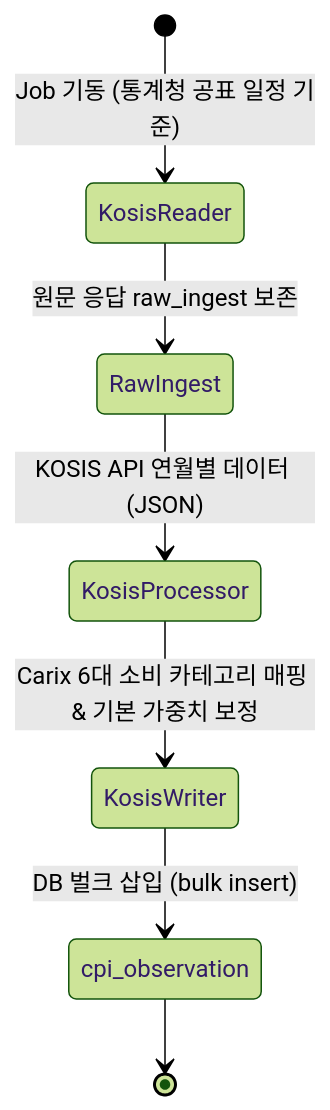
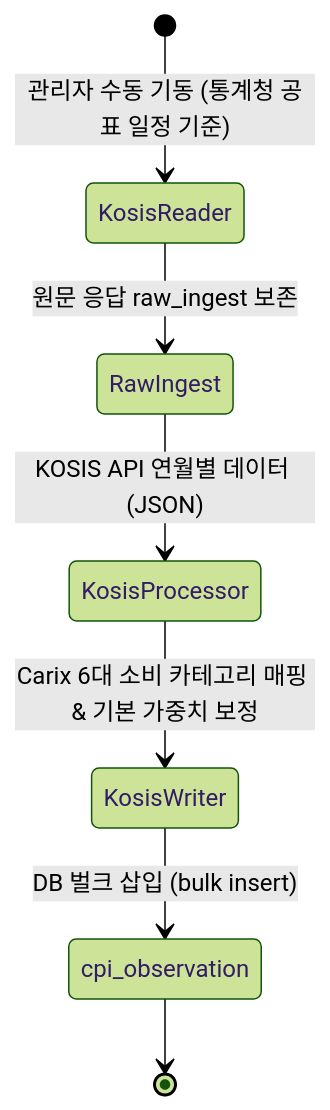
Before and after one commit to SeoHyeokGyu/Carix: the second of 5 diagrams in docs/specs/application-workflow.md, drawn with Mermaid (forest theme). The commit also changed other lines of this file and 1 other file, not shown here.

Commit message:
docs(snapshot): 지수 스냅샷 갱신(Job 4) core-api 전담 소유 명세화

````diff
--- a/docs/specs/application-workflow.md
+++ b/docs/specs/application-workflow.md
@@ -107,9 +111,9 @@
 ```mermaid
 stateDiagram-v2
-    [*] --> KosisReader : Job 기동 (통계청 공표 일정 기준)
+    [*] --> KosisReader : 관리자 수동 기동 (통계청 공표 일정 기준)
     KosisReader --> RawIngest : 원문 응답 raw_ingest 보존
     RawIngest --> KosisProcessor : KOSIS API 연월별 데이터 (JSON)
     KosisProcessor --> KosisWriter : Carix 6대 소비 카테고리 매핑 & 기본 가중치 보정
     KosisWriter --> cpi_observation : DB 벌크 삽입 (bulk insert)
     cpi_observation --> [*]
 ```
````
